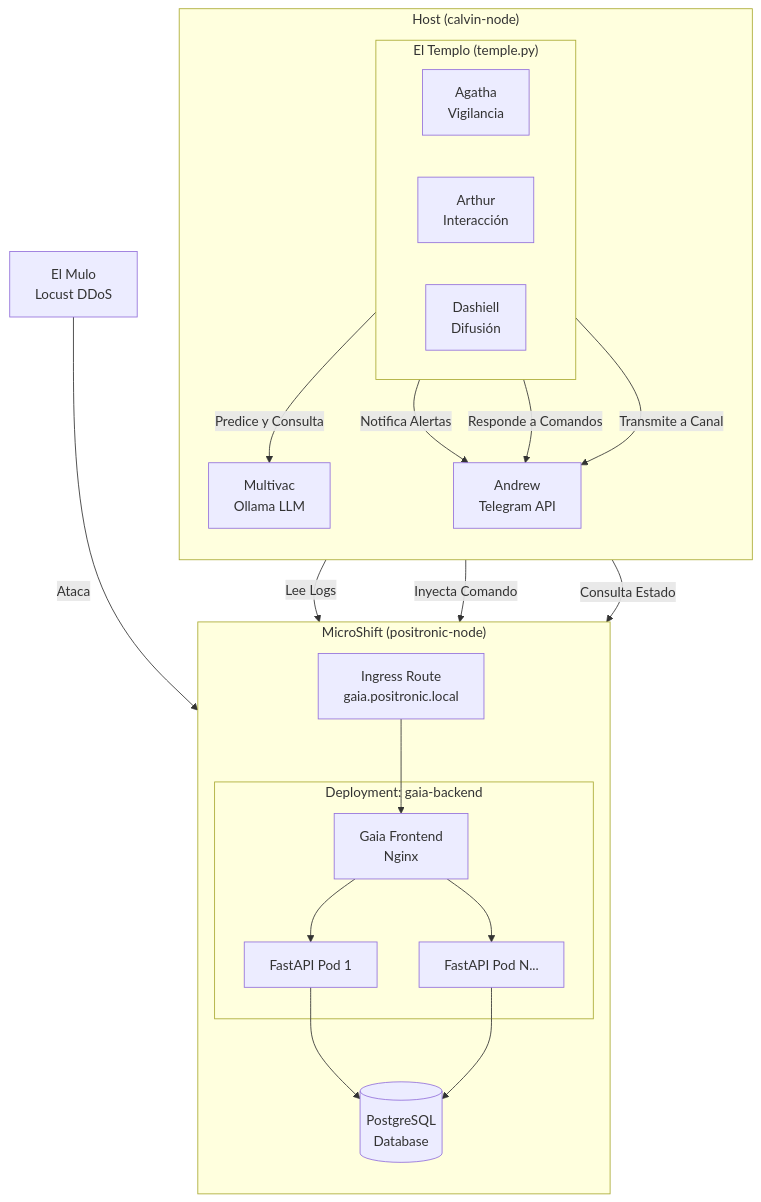
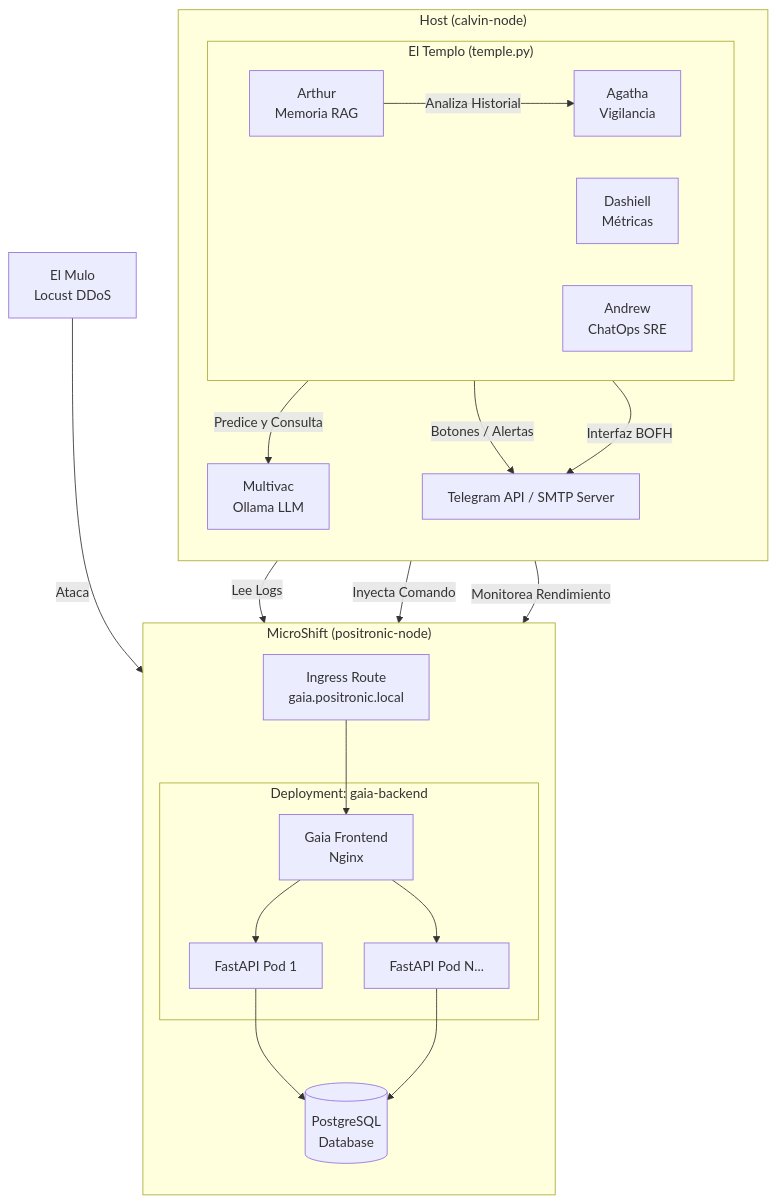
Before and after one commit to rootzilopochtli/suenan-los-sysadmins-con-pinguinos-electricos: the diagram in precogs/README.md, drawn with Mermaid. The commit also changed other lines of this file, not shown here.

````diff
--- a/precogs/README.md
+++ b/precogs/README.md
@@ -11,41 +11,42 @@
 ```mermaid
 graph TD
     subgraph "MicroShift (positronic-node)"
         direction TB
         I[Ingress Route<br/>gaia.positronic.local] --> F[Gaia Frontend<br/>Nginx]
 
         subgraph "Deployment: gaia-backend"
             F --> B1[FastAPI Pod 1]
             F --> B2[FastAPI Pod N...]
         end
 
         B1 --> D[(PostgreSQL<br/>Database)]
         B2 --> D
     end
 
     subgraph "Host (calvin-node)"
         direction TB
 
         subgraph "El Templo (temple.py)"
             direction LR
             AG[Agatha<br/>Vigilancia]
-            AR[Arthur<br/>Interacción]
-            DA[Dashiell<br/>Difusión]
+            AR[Arthur<br/>Memoria RAG]
+            DA[Dashiell<br/>Métricas]
+            AW[Andrew<br/>ChatOps SRE]
         end
 
         M[Multivac<br/>Ollama LLM]
-        W[Andrew<br/>Telegram API]
+        TG[Telegram API / SMTP Server]
 
         AG -- Lee Logs --> F
         AG -- Predice y Consulta --> M
         M -- Inyecta Comando --> B1
 
-        AR -- Consulta Estado --> B1
+        AR -- Analiza Historial --> AG
+        DA -- Monitorea Rendimiento --> B1
 
-        AG -- Notifica Alertas --> W
-        AR -- Responde a Comandos --> W
-        DA -- Transmite a Canal --> W
+        AW -- Botones / Alertas --> TG
+        AW -- Interfaz BOFH --> TG
     end
 
     C[El Mulo<br/>Locust DDoS] -- Ataca --> I
 ```
````
